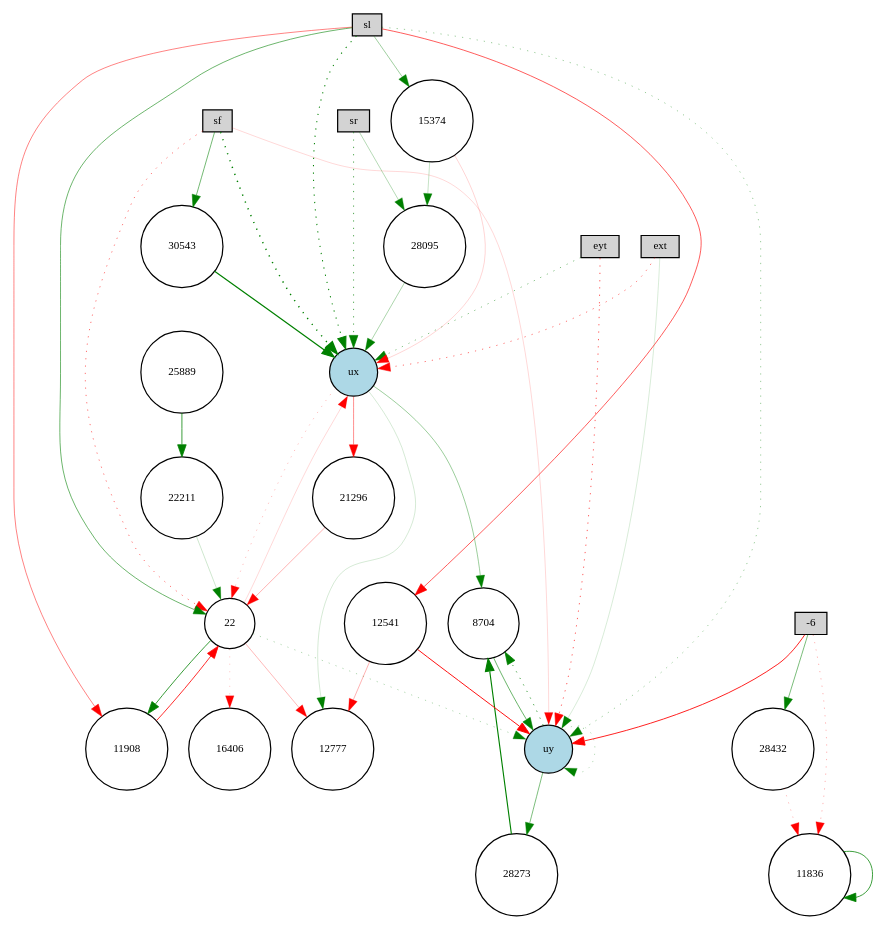
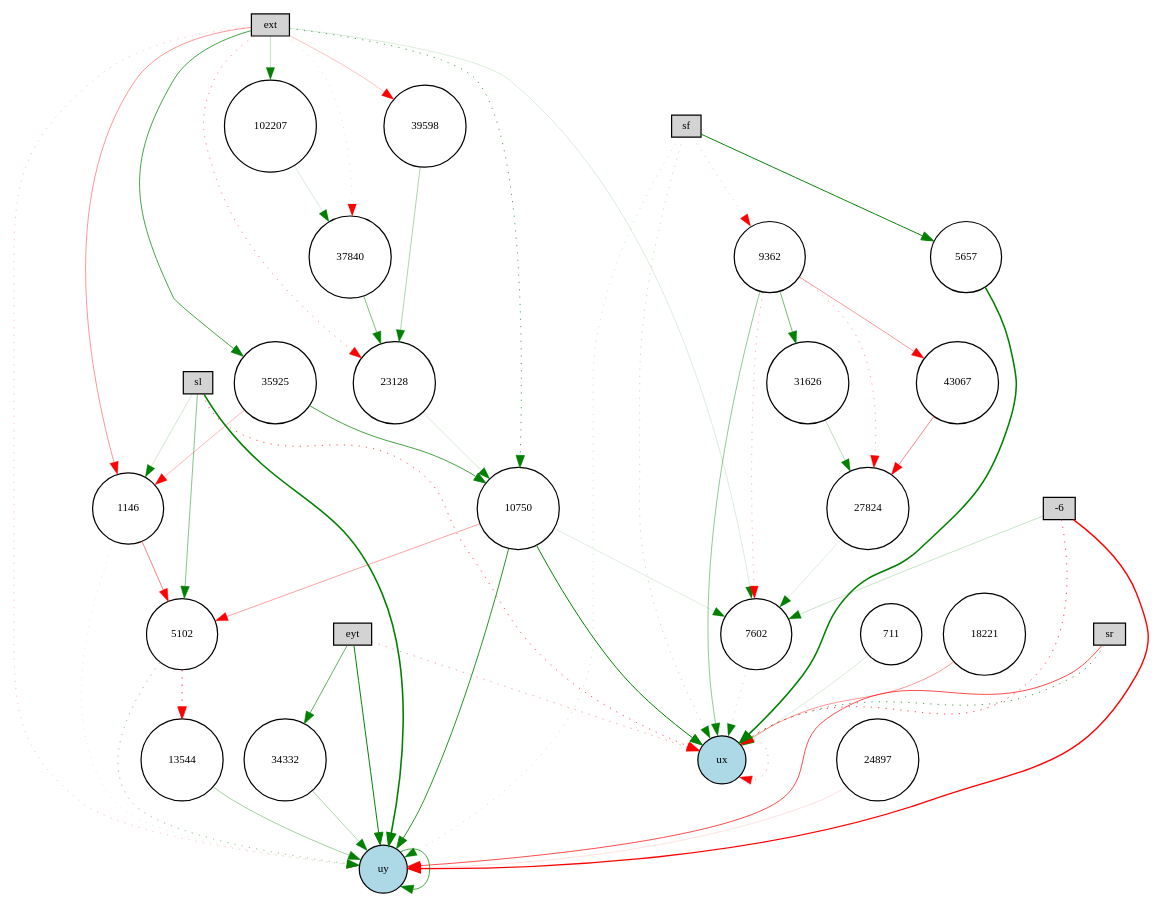
The diagram in pictures_ctrnn/winner-feedforward.gv (KaiL4eK/autopilot_simulator), drawn with Graphviz before and after one commit. The commit also changed 10 other files, not shown here.

```diff
--- a/pictures_ctrnn/winner-feedforward.gv
+++ b/pictures_ctrnn/winner-feedforward.gv
@@ -1,71 +1,86 @@
 digraph {
 	node [fontsize=9 height=0.2 shape=circle width=0.2]
 	ext [fillcolor=lightgray shape=box style=filled]
 	eyt [fillcolor=lightgray shape=box style=filled]
 	sf [fillcolor=lightgray shape=box style=filled]
 	sl [fillcolor=lightgray shape=box style=filled]
 	sr [fillcolor=lightgray shape=box style=filled]
 	-6 [fillcolor=lightgray shape=box style=filled]
 	ux [fillcolor=lightblue style=filled]
 	uy [fillcolor=lightblue style=filled]
-	25889 [fillcolor=white style=filled]
-	22211 [fillcolor=white style=filled]
-	11908 [fillcolor=white style=filled]
-	8704 [fillcolor=white style=filled]
-	12777 [fillcolor=white style=filled]
-	15374 [fillcolor=white style=filled]
-	30543 [fillcolor=white style=filled]
-	21296 [fillcolor=white style=filled]
-	28273 [fillcolor=white style=filled]
-	28432 [fillcolor=white style=filled]
-	22 [fillcolor=white style=filled]
-	16406 [fillcolor=white style=filled]
-	11836 [fillcolor=white style=filled]
-	12541 [fillcolor=white style=filled]
-	28095 [fillcolor=white style=filled]
-	15374 -> 28095 [color=green penwidth=0.18626062795119325 style=solid]
-	eyt -> ux [color=green penwidth=0.3964614236384386 style=dotted]
-	21296 -> 22 [color=red penwidth=0.2535293545358933 style=solid]
-	-6 -> 11836 [color=red penwidth=0.2548546554661254 style=dotted]
-	sf -> 22 [color=red penwidth=0.4519483081245118 style=dotted]
-	15374 -> ux [color=red penwidth=0.14167282857722202 style=solid]
-	ux -> 12777 [color=green penwidth=0.14151740636334403 style=solid]
-	ext -> ux [color=red penwidth=0.4487445682487684 style=dotted]
-	ext -> uy [color=green penwidth=0.13379404553727203 style=solid]
-	22211 -> 22 [color=green penwidth=0.1648412305274649 style=solid]
-	22 -> 11908 [color=green penwidth=0.6413008235491802 style=solid]
-	11836 -> 11836 [color=green penwidth=0.6153576196110088 style=solid]
-	uy -> 28273 [color=green penwidth=0.4237854032393519 style=solid]
-	sl -> 15374 [color=green penwidth=0.30893698939949477 style=solid]
-	uy -> uy [color=green penwidth=0.22645689490578852 style=dotted]
-	sr -> ux [color=green penwidth=0.5573386810776493 style=dotted]
-	ux -> 22 [color=red penwidth=0.20530005189103342 style=dotted]
-	ux -> 8704 [color=green penwidth=0.31525108318149814 style=solid]
-	-6 -> uy [color=red penwidth=0.7109126359060433 style=solid]
-	sl -> 12541 [color=red penwidth=0.5170281783453181 style=solid]
-	12541 -> 12777 [color=red penwidth=0.2516953038082739 style=solid]
-	28273 -> 8704 [color=green penwidth=0.9056194421785339 style=solid]
-	eyt -> uy [color=red penwidth=0.5316915536853679 style=dotted]
-	12541 -> uy [color=red penwidth=0.7583427852534127 style=solid]
-	sl -> 11908 [color=red penwidth=0.39895722378046616 style=solid]
-	sl -> ux [color=green penwidth=0.8396302078599978 style=dotted]
-	sr -> 28095 [color=green penwidth=0.23525278061281907 style=solid]
-	uy -> 8704 [color=green penwidth=0.6076633253095879 style=dotted]
-	28095 -> ux [color=green penwidth=0.2707999522260131 style=solid]
-	22 -> ux [color=red penwidth=0.13020848643590785 style=solid]
-	8704 -> uy [color=green penwidth=0.4787961308979318 style=solid]
-	25889 -> 22211 [color=green penwidth=0.6331748101827307 style=solid]
-	22 -> 16406 [color=red penwidth=0.15990255477797544 style=dotted]
-	30543 -> ux [color=green penwidth=0.9759749257568252 style=solid]
-	sl -> 22 [color=green penwidth=0.46762788848756043 style=solid]
-	sf -> ux [color=green penwidth=1.2077520542209657 style=dotted]
-	28432 -> 11836 [color=red penwidth=0.23430773088492826 style=dotted]
-	22 -> 12777 [color=red penwidth=0.22699822480393264 style=solid]
-	ux -> 21296 [color=red penwidth=0.358226499908752 style=solid]
-	sl -> uy [color=green penwidth=0.3326620758591463 style=dotted]
-	sf -> uy [color=red penwidth=0.13026382326135305 style=solid]
-	-6 -> 28432 [color=green penwidth=0.42785383391760523 style=solid]
-	22 -> uy [color=green penwidth=0.2640685825837449 style=dotted]
-	sf -> 30543 [color=green penwidth=0.45197832463396215 style=solid]
-	11908 -> 22 [color=red penwidth=0.673986932534613 style=solid]
+	24897 [fillcolor=white style=filled]
+	711 [fillcolor=white style=filled]
+	13544 [fillcolor=white style=filled]
+	31626 [fillcolor=white style=filled]
+	18221 [fillcolor=white style=filled]
+	39598 [fillcolor=white style=filled]
+	5102 [fillcolor=white style=filled]
+	37840 [fillcolor=white style=filled]
+	27824 [fillcolor=white style=filled]
+	7602 [fillcolor=white style=filled]
+	9362 [fillcolor=white style=filled]
+	35925 [fillcolor=white style=filled]
+	23128 [fillcolor=white style=filled]
+	5657 [fillcolor=white style=filled]
+	1146 [fillcolor=white style=filled]
+	43067 [fillcolor=white style=filled]
+	34332 [fillcolor=white style=filled]
+	10750 [fillcolor=white style=filled]
+	102207 [fillcolor=white style=filled]
+	9362 -> ux [color=green penwidth=0.34908937701517795 style=solid]
+	sf -> 9362 [color=red penwidth=0.19669551952441391 style=dotted]
+	eyt -> ux [color=red penwidth=0.3368353956519754 style=dotted]
+	ext -> 35925 [color=green penwidth=0.5885239827573538 style=solid]
+	10750 -> 5102 [color=red penwidth=0.2998724848793002 style=solid]
+	13544 -> uy [color=green penwidth=0.30106670832240445 style=solid]
+	31626 -> 27824 [color=green penwidth=0.20847586724452688 style=solid]
+	sl -> ux [color=red penwidth=0.5466867072782117 style=dotted]
+	9362 -> 43067 [color=red penwidth=0.33414212123909204 style=solid]
+	43067 -> 27824 [color=red penwidth=0.38891039522140947 style=solid]
+	eyt -> 34332 [color=green penwidth=0.5149260742186048 style=solid]
+	5102 -> uy [color=green penwidth=0.3643914191438933 style=dotted]
+	ux -> ux [color=red penwidth=0.3222493486196857 style=dotted]
+	34332 -> uy [color=green penwidth=0.2558984299089154 style=solid]
+	sl -> 5102 [color=green penwidth=0.39330830994828403 style=solid]
+	10750 -> 7602 [color=green penwidth=0.10714731067487085 style=solid]
+	18221 -> ux [color=red penwidth=0.3424365073765562 style=solid]
+	10750 -> ux [color=green penwidth=0.8101581205607935 style=solid]
+	7602 -> ux [color=green penwidth=0.1831337430793825 style=dotted]
+	ext -> uy [color=red penwidth=0.198749150651358 style=dotted]
+	ext -> 7602 [color=green penwidth=0.11544568813981768 style=solid]
+	711 -> ux [color=green penwidth=0.12997395740924694 style=solid]
+	1146 -> uy [color=green penwidth=0.10778978108426376 style=dotted]
+	37840 -> 23128 [color=green penwidth=0.41105151985959754 style=solid]
+	-6 -> ux [color=red penwidth=0.5928734326580514 style=dotted]
+	39598 -> 23128 [color=green penwidth=0.2724562564266375 style=solid]
+	5657 -> ux [color=green penwidth=1.2537915004138347 style=solid]
+	ext -> 10750 [color=green penwidth=0.5510085366525159 style=dotted]
+	sf -> 5657 [color=green penwidth=0.7861925143157016 style=solid]
+	-6 -> 7602 [color=green penwidth=0.1765028565690035 style=solid]
+	uy -> uy [color=green penwidth=0.5745932548619803 style=solid]
+	sr -> ux [color=green penwidth=0.5906486075888491 style=dotted]
+	1146 -> 5102 [color=red penwidth=0.40712468367360266 style=solid]
+	-6 -> uy [color=red penwidth=1.1274537488508163 style=solid]
+	ext -> 39598 [color=red penwidth=0.19716060684634967 style=solid]
+	102207 -> 37840 [color=green penwidth=0.12843190472797042 style=solid]
+	eyt -> uy [color=green penwidth=0.8023005577473666 style=solid]
+	sf -> uy [color=green penwidth=0.16344471025880747 style=dotted]
+	sr -> uy [color=red penwidth=0.5686806763392863 style=solid]
+	27824 -> 7602 [color=green penwidth=0.11044991229301179 style=solid]
+	9362 -> 7602 [color=red penwidth=0.26065647830160665 style=dotted]
+	sl -> 1146 [color=green penwidth=0.1526573963171597 style=solid]
+	ext -> 23128 [color=red penwidth=0.38310755278569597 style=dotted]
+	9362 -> 31626 [color=green penwidth=0.45497936986897203 style=solid]
+	23128 -> 10750 [color=green penwidth=0.14222799450541795 style=solid]
+	35925 -> 1146 [color=red penwidth=0.2353266775319879 style=solid]
+	9362 -> 27824 [color=red penwidth=0.31759265666309733 style=dotted]
+	10750 -> uy [color=green penwidth=0.6913075885628968 style=solid]
+	sf -> ux [color=green penwidth=0.21141059664863548 style=dotted]
+	5102 -> 13544 [color=red penwidth=0.7295116834567074 style=dotted]
+	35925 -> 10750 [color=green penwidth=0.604706962489621 style=solid]
+	sl -> uy [color=green penwidth=1.292572909091659 style=solid]
+	ext -> 37840 [color=red penwidth=0.13343170006888078 style=dotted]
+	ext -> 1146 [color=red penwidth=0.33858272640089254 style=solid]
+	ext -> 102207 [color=green penwidth=0.1996053830440988 style=solid]
+	24897 -> uy [color=red penwidth=0.1027752041734476 style=solid]
 }
```
